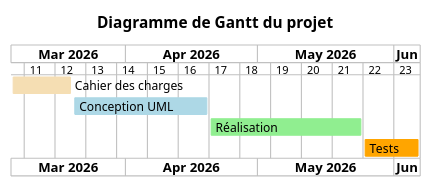
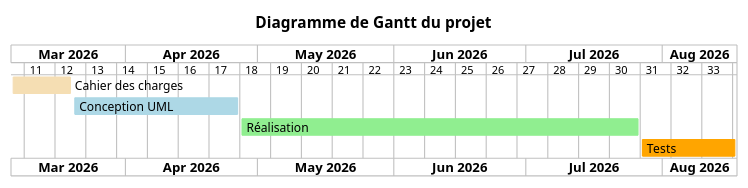
Before and after one commit to mouadofficiel2003/PFE2: the diagram in diagramme-gantt.puml, drawn with PlantUML. The commit also changed 45 other files, not shown here.

Commit message:
Mise a jour du rapport PFE, des diagrammes UML/Gantt et de la soutenance.

```diff
--- a/diagramme-gantt.puml
+++ b/diagramme-gantt.puml
@@ -1,22 +1,22 @@
 @startgantt
 title Diagramme de Gantt du projet
 printscale weekly
 project starts 2026-03-06
 
 [Cahier des charges] starts 2026-03-06
 [Cahier des charges] ends 2026-03-19
 [Cahier des charges] is colored in Wheat
 
 [Conception UML] starts 2026-03-20
-[Conception UML] ends 2026-04-19
+[Conception UML] ends 2026-04-26
 [Conception UML] is colored in LightBlue
 
-[Réalisation] starts 2026-04-20
-[Réalisation] ends 2026-05-24
+[Réalisation] starts 2026-04-27
+[Réalisation] ends 2026-07-26
 [Réalisation] is colored in LightGreen
 
-[Tests] starts 2026-05-25
-[Tests] ends 2026-06-06
+[Tests] starts 2026-07-27
+[Tests] ends 2026-08-17
 [Tests] is colored in Orange
 
 @endgantt
```
